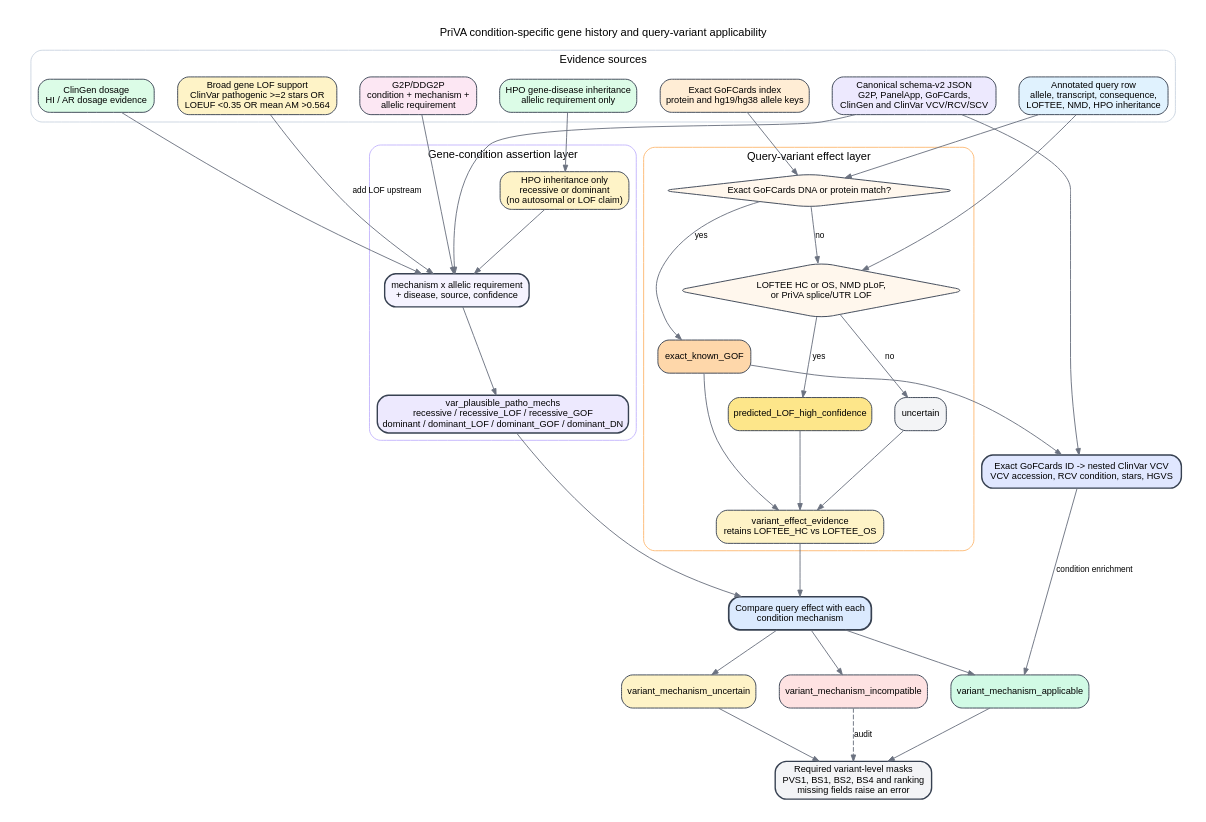
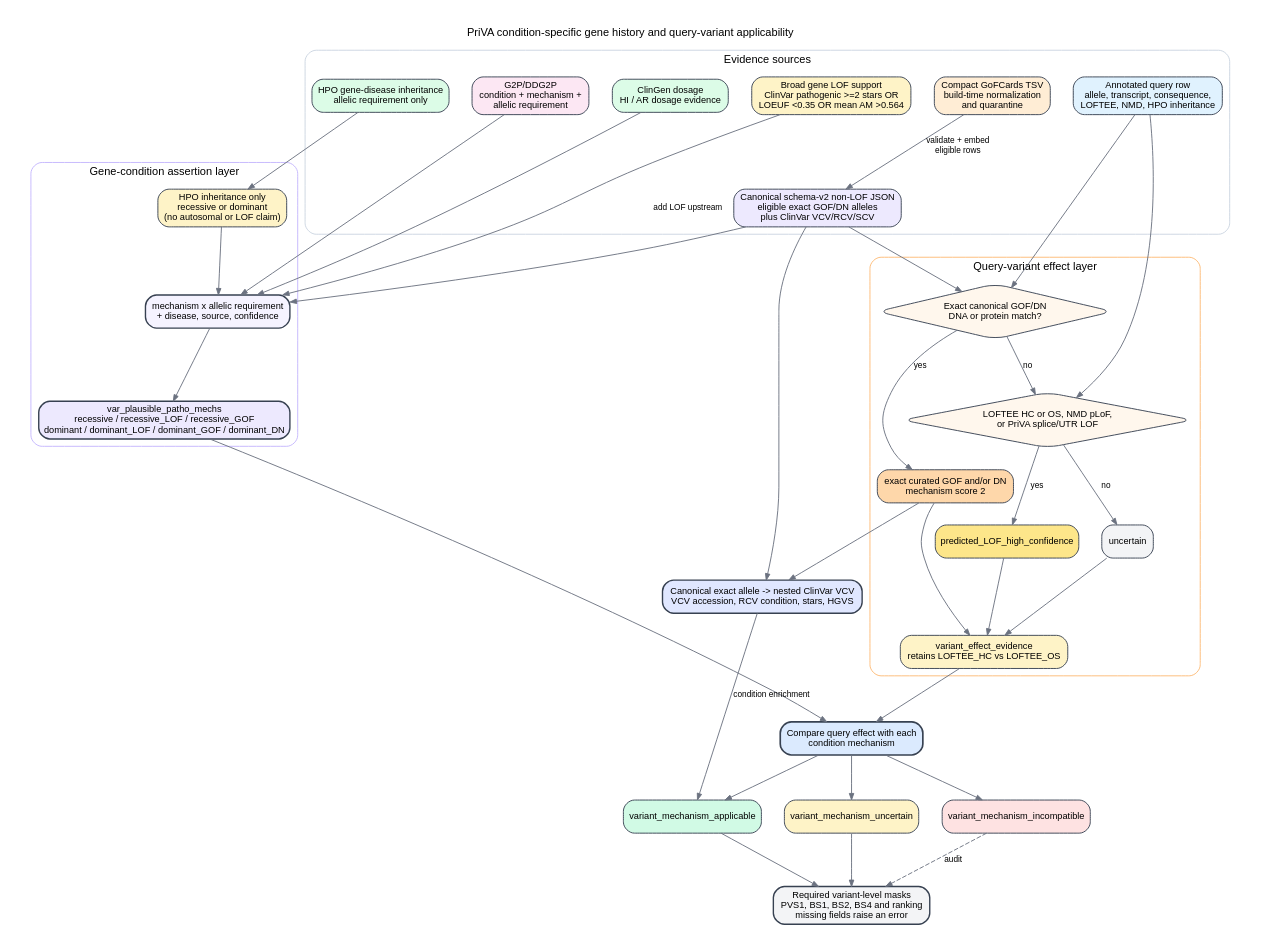
The diagram in GENE_MECHANISM_HUB_DECISION_FLOW.dot (yangyxt/PriVA), drawn with Graphviz before and after one commit. The commit also changed 3 other files, not shown here.

Commit message:
Document compact GoFCards cache as upstream

```diff
--- a/GENE_MECHANISM_HUB_DECISION_FLOW.dot
+++ b/GENE_MECHANISM_HUB_DECISION_FLOW.dot
@@ -1,92 +1,93 @@
 digraph priva_gene_mechanism_hub {
   graph [
     rankdir=TB,
     bgcolor="white",
     pad="0.25",
     nodesep="0.35",
     ranksep="0.65",
     fontname="Arial",
     fontsize=12,
     label="PriVA condition-specific gene history and query-variant applicability",
     labelloc="t"
   ];
   node [shape=box, style="rounded,filled", fontname="Arial", fontsize=10, color="#374151", fillcolor="#F9FAFB"];
   edge [fontname="Arial", fontsize=9, color="#6B7280", arrowsize=0.7];
 
   subgraph cluster_sources {
     label="Evidence sources";
     color="#CBD5E1";
     style="rounded";
 
     row [label="Annotated query row\nallele, transcript, consequence,\nLOFTEE, NMD, HPO inheritance", fillcolor="#E0F2FE"];
     hpo [label="HPO gene-disease inheritance\nallelic requirement only", fillcolor="#DCFCE7"];
     clingen [label="ClinGen dosage\nHI / AR dosage evidence", fillcolor="#DCFCE7"];
     constraint [label="Broad gene LOF support\nClinVar pathogenic >=2 stars OR\nLOEUF <0.35 OR mean AM >0.564", fillcolor="#FEF3C7"];
     ddg2p [label="G2P/DDG2P\ncondition + mechanism +\nallelic requirement", fillcolor="#FCE7F3"];
-    canonical [label="Canonical schema-v2 JSON\nG2P, PanelApp, GoFCards,\nClinGen and ClinVar VCV/RCV/SCV", fillcolor="#EDE9FE"];
-    gof_index [label="Exact GoFCards index\nprotein and hg19/hg38 allele keys", fillcolor="#FFEDD5"];
+    canonical [label="Canonical schema-v2 non-LOF JSON\neligible exact GOF/DN alleles\nplus ClinVar VCV/RCV/SCV", fillcolor="#EDE9FE"];
+    gof_index [label="Compact GoFCards TSV\nbuild-time normalization\nand quarantine", fillcolor="#FFEDD5"];
   }
 
   subgraph cluster_history {
     label="Gene-condition assertion layer";
     color="#C4B5FD";
     style="rounded";
 
     condition [label="mechanism x allelic requirement\n+ disease, source, confidence", fillcolor="#F5F3FF", penwidth=1.5];
     unresolved [label="HPO inheritance only\nrecessive or dominant\n(no autosomal or LOF claim)", fillcolor="#FEF3C7"];
     profile [label="var_plausible_patho_mechs\nrecessive / recessive_LOF / recessive_GOF\ndominant / dominant_LOF / dominant_GOF / dominant_DN", fillcolor="#EDE9FE", penwidth=1.5];
   }
 
   subgraph cluster_effect {
     label="Query-variant effect layer";
     color="#FDBA74";
     style="rounded";
 
-    exact [label="Exact GoFCards DNA or protein match?", shape=diamond, fillcolor="#FFF7ED"];
-    gof [label="exact_known_GOF", fillcolor="#FED7AA"];
+    exact [label="Exact canonical GOF/DN\nDNA or protein match?", shape=diamond, fillcolor="#FFF7ED"];
+    gof [label="exact curated GOF and/or DN\nmechanism score 2", fillcolor="#FED7AA"];
     lof [label="LOFTEE HC or OS, NMD pLoF,\nor PriVA splice/UTR LOF", shape=diamond, fillcolor="#FFF7ED"];
     predlof [label="predicted_LOF_high_confidence", fillcolor="#FDE68A"];
     uncertain [label="uncertain", fillcolor="#F3F4F6"];
     evidence [label="variant_effect_evidence\nretains LOFTEE_HC vs LOFTEE_OS", fillcolor="#FEF3C7"];
   }
 
   combine [label="Compare query effect with each\ncondition mechanism", fillcolor="#DBEAFE", penwidth=1.8];
   applicable [label="variant_mechanism_applicable", fillcolor="#D1FAE5"];
   uncertain_app [label="variant_mechanism_uncertain", fillcolor="#FEF3C7"];
   incompatible [label="variant_mechanism_incompatible", fillcolor="#FEE2E2"];
 
-  vcv [label="Exact GoFCards ID -> nested ClinVar VCV\nVCV accession, RCV condition, stars, HGVS", fillcolor="#E0E7FF", penwidth=1.5];
+  vcv [label="Canonical exact allele -> nested ClinVar VCV\nVCV accession, RCV condition, stars, HGVS", fillcolor="#E0E7FF", penwidth=1.5];
   acmg [label="Required variant-level masks\nPVS1, BS1, BS2, BS4 and ranking\nmissing fields raise an error", fillcolor="#F3F4F6", penwidth=1.5];
 
   ddg2p -> condition;
   canonical -> condition;
   clingen -> condition;
   constraint -> condition [label="add LOF upstream"];
   hpo -> unresolved;
   unresolved -> condition;
   condition -> profile;
 
   row -> exact;
-  gof_index -> exact;
+  gof_index -> canonical [label="validate + embed\neligible rows"];
+  canonical -> exact;
   exact -> gof [label="yes"];
   exact -> lof [label="no"];
   row -> lof;
   lof -> predlof [label="yes"];
   lof -> uncertain [label="no"];
   gof -> evidence;
   predlof -> evidence;
   uncertain -> evidence;
 
   profile -> combine;
   evidence -> combine;
   combine -> applicable;
   combine -> uncertain_app;
   combine -> incompatible;
   applicable -> acmg;
   uncertain_app -> acmg;
   incompatible -> acmg [style=dashed, label="audit"];
 
   gof -> vcv;
   canonical -> vcv;
   vcv -> applicable [label="condition enrichment"];
 }
```
